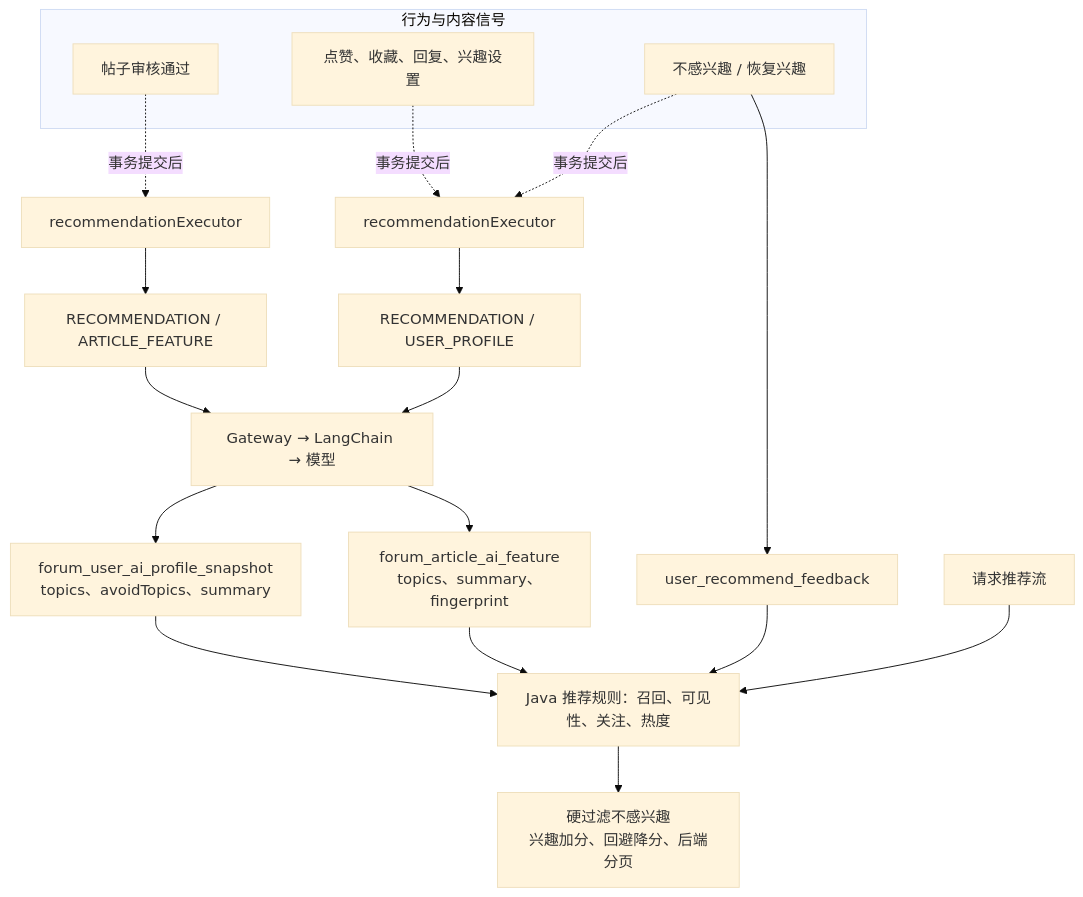
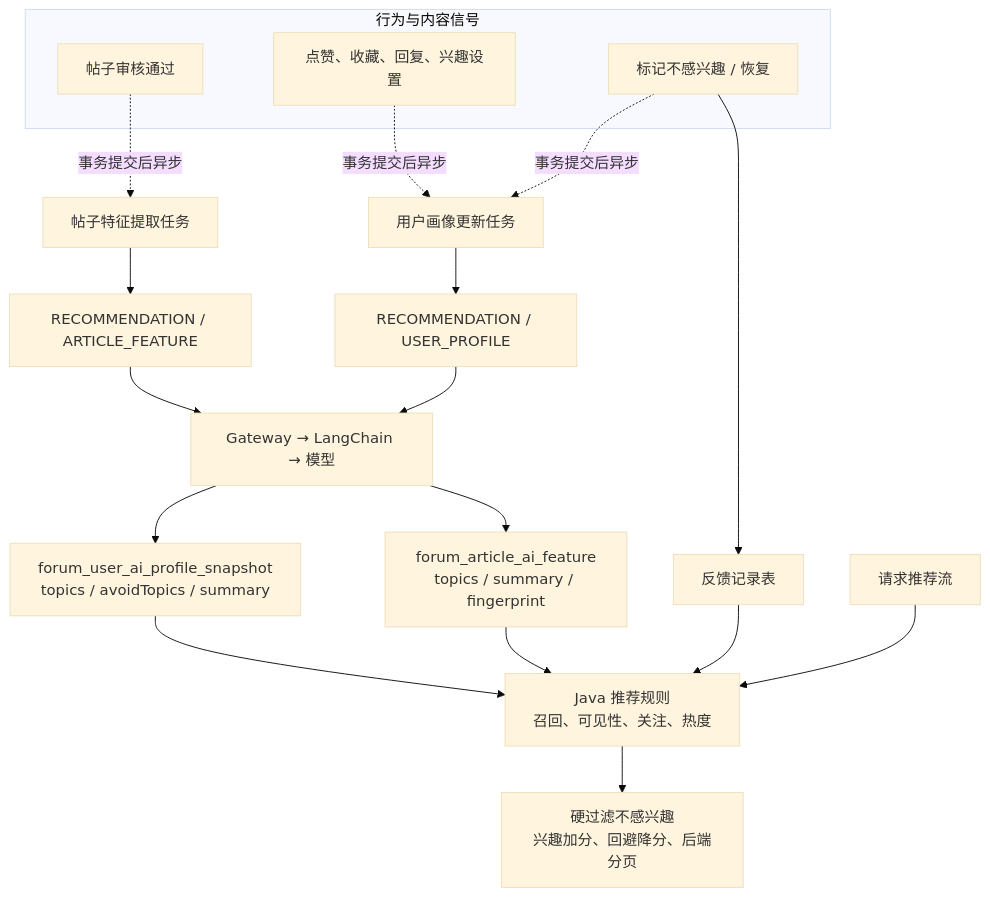
Before and after one commit to pluchon/mengmeng_forum: diagram 13 of 19 in README.md, drawn with Mermaid (base theme). The commit also changed other lines of this file, not shown here.

````diff
--- a/README.md
+++ b/README.md
@@ -289,26 +312,26 @@
 ```mermaid
 flowchart TB
   subgraph Signal["行为与内容信号"]
     Publish["帖子审核通过"]
     Action["点赞、收藏、回复、兴趣设置"]
-    Negative["不感兴趣 / 恢复兴趣"]
+    Negative["标记不感兴趣 / 恢复"]
   end
 
-  Publish -. "事务提交后" .-> FeatureTask["recommendationExecutor"]
-  Action -. "事务提交后" .-> ProfileTask["recommendationExecutor"]
-  Negative --> Feedback["user_recommend_feedback"]
-  Negative -. "事务提交后" .-> ProfileTask
+  Publish -. "事务提交后异步" .-> FeatureTask["帖子特征提取任务"]
+  Action -. "事务提交后异步" .-> ProfileTask["用户画像更新任务"]
+  Negative --> Feedback["反馈记录表"]
+  Negative -. "事务提交后异步" .-> ProfileTask
 
   FeatureTask --> AF["RECOMMENDATION / ARTICLE_FEATURE"]
   ProfileTask --> UP["RECOMMENDATION / USER_PROFILE"]
   AF --> AI["Gateway → LangChain → 模型"]
   UP --> AI
-  AI --> Feature["forum_article_ai_feature<br/>topics、summary、fingerprint"]
-  AI --> Snapshot["forum_user_ai_profile_snapshot<br/>topics、avoidTopics、summary"]
+  AI --> Feature["forum_article_ai_feature<br/>topics / summary / fingerprint"]
+  AI --> Snapshot["forum_user_ai_profile_snapshot<br/>topics / avoidTopics / summary"]
 
-  Feed["请求推荐流"] --> Rule["Java 推荐规则：召回、可见性、关注、热度"]
+  Feed["请求推荐流"] --> Rule["Java 推荐规则<br/>召回、可见性、关注、热度"]
   Feedback --> Rule
   Feature --> Rule
   Snapshot --> Rule
   Rule --> Result["硬过滤不感兴趣<br/>兴趣加分、回避降分、后端分页"]
 ```
````
